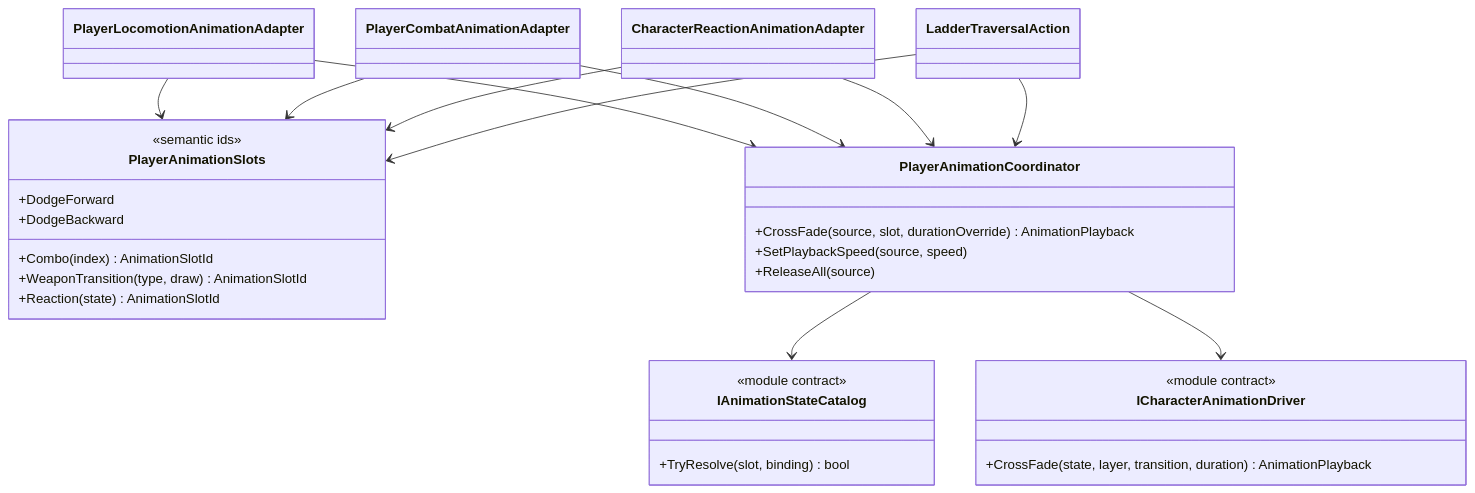
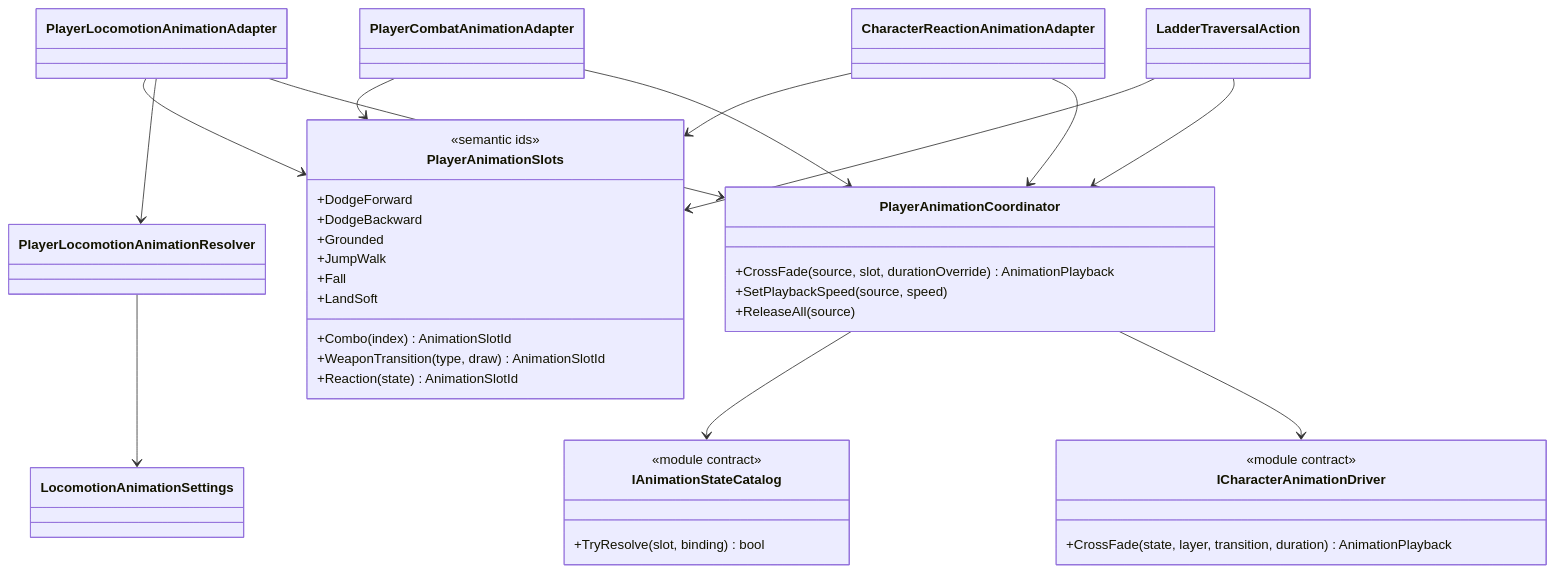
One commit to MaximFonariuc/project-s changed the diagram in Assets/_App/Core/Runtime/Character/AnimationController/README.md. Above: the diagram before and after it, drawn with Mermaid. The commit also changed other lines of this file and 23 other files, not shown here.

Commit message:
refactor: drive player animation states from code

````diff
--- a/Assets/_App/Core/Runtime/Character/AnimationController/README.md
+++ b/Assets/_App/Core/Runtime/Character/AnimationController/README.md
@@ -8,39 +8,47 @@
 ```mermaid
 classDiagram
     class PlayerAnimationSlots {
         <<semantic ids>>
         +DodgeForward
         +DodgeBackward
+        +Grounded
+        +JumpWalk
+        +Fall
+        +LandSoft
         +Combo(index) AnimationSlotId
         +WeaponTransition(type, draw) AnimationSlotId
         +Reaction(state) AnimationSlotId
     }
     class PlayerAnimationCoordinator {
         +CrossFade(source, slot, durationOverride) AnimationPlayback
         +SetPlaybackSpeed(source, speed)
         +ReleaseAll(source)
     }
     class IAnimationStateCatalog {
         <<module contract>>
         +TryResolve(slot, binding) bool
     }
     class ICharacterAnimationDriver {
         <<module contract>>
         +CrossFade(state, layer, transition, duration) AnimationPlayback
     }
     class PlayerLocomotionAnimationAdapter
+    class PlayerLocomotionAnimationResolver
+    class LocomotionAnimationSettings
     class PlayerCombatAnimationAdapter
     class CharacterReactionAnimationAdapter
     class LadderTraversalAction
 
     PlayerLocomotionAnimationAdapter --> PlayerAnimationSlots
+    PlayerLocomotionAnimationAdapter --> PlayerLocomotionAnimationResolver
+    PlayerLocomotionAnimationResolver --> LocomotionAnimationSettings
     PlayerCombatAnimationAdapter --> PlayerAnimationSlots
     CharacterReactionAnimationAdapter --> PlayerAnimationSlots
     LadderTraversalAction --> PlayerAnimationSlots
     PlayerLocomotionAnimationAdapter --> PlayerAnimationCoordinator
     PlayerCombatAnimationAdapter --> PlayerAnimationCoordinator
     CharacterReactionAnimationAdapter --> PlayerAnimationCoordinator
     LadderTraversalAction --> PlayerAnimationCoordinator
     PlayerAnimationCoordinator --> IAnimationStateCatalog
     PlayerAnimationCoordinator --> ICharacterAnimationDriver
 ```
````
